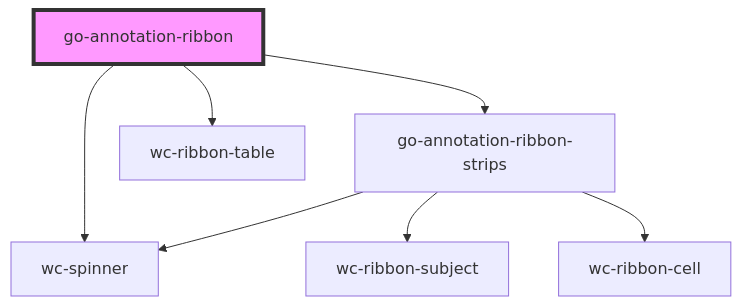
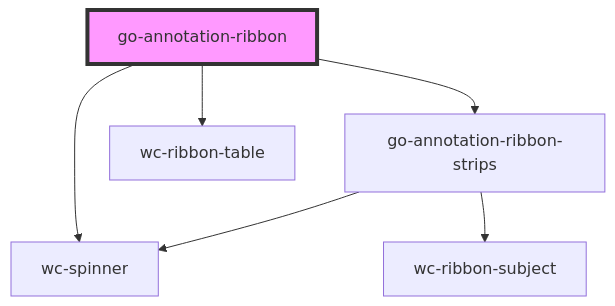
One commit to geneontology/web-components changed the diagram in src/components/annotation-ribbon/readme.md. Above: the diagram before and after it, drawn with Mermaid. The commit also changed 7 other files, not shown here.

Commit message:
Rename wc-ribbon-cell to go-annotation-ribbon-cell

````diff
--- a/src/components/annotation-ribbon/readme.md
+++ b/src/components/annotation-ribbon/readme.md
@@ -55,10 +55,9 @@
 ```mermaid
 graph TD;
   go-annotation-ribbon --> go-annotation-ribbon-strips
   go-annotation-ribbon --> wc-spinner
   go-annotation-ribbon --> wc-ribbon-table
   go-annotation-ribbon-strips --> wc-spinner
   go-annotation-ribbon-strips --> wc-ribbon-subject
-  go-annotation-ribbon-strips --> wc-ribbon-cell
   style go-annotation-ribbon fill:#f9f,stroke:#333,stroke-width:4px
 ```
````
